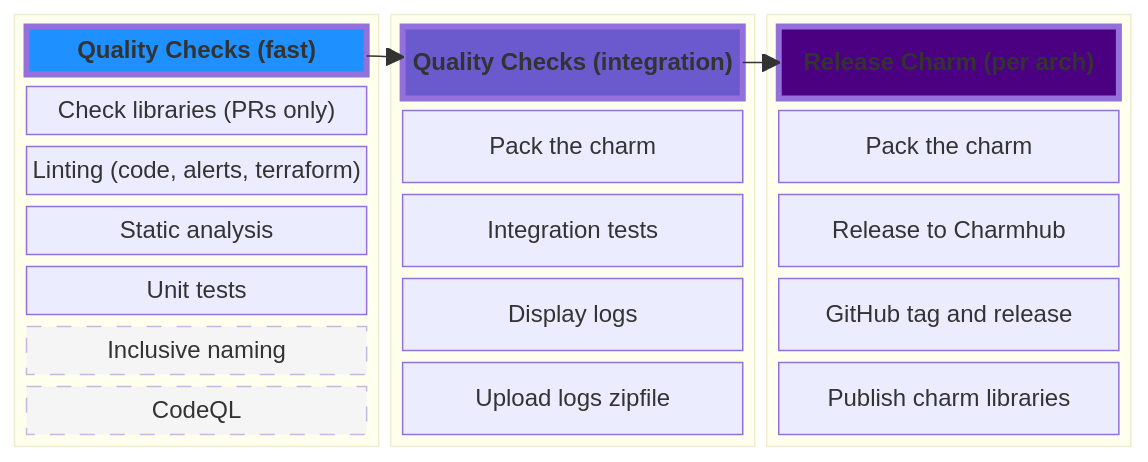
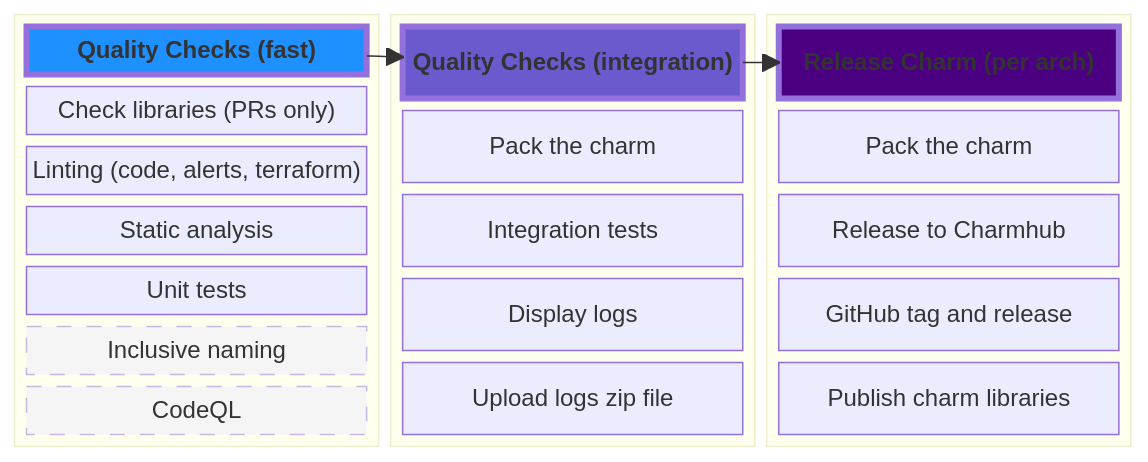
The second of 3 diagrams in README.md (canonical/observability), drawn with Mermaid before and after one commit.

````diff
--- a/README.md
+++ b/README.md
@@ -45,44 +45,44 @@
 ```mermaid
 block-beta
   block
     columns 1
     qualitychecksfast["<b>Quality Checks (fast)</b>"]
     prlabels["Check libraries (PRs only)"]
     lint["Linting (code, alerts, terraform)"]
     static["Static analysis"]
     unit["Unit tests"]
     inclusivenaming["Inclusive naming"]
     codeql["CodeQL"]
   end
 
   block
     columns 1
     qualitychecksslow["<b>Quality Checks (integration)</b>"]
     pack["Pack the charm"]
     integration["Integration tests"]
     displaylogs["Display logs"]
-    uploadlogs["Upload logs zipfile"]
+    uploadlogs["Upload logs zip file"]
   end
 
 
   block
     columns 1
     release["<b>Release Charm (per arch)</b>"]
     packrelease["Pack the charm"]
     charmhubrelease["Release to Charmhub"]
     githubrelease["GitHub tag and release"]
     librariesrelease["Publish charm libraries"]
   end
 
 
 
 qualitychecksfast --> qualitychecksslow
 qualitychecksslow --> release
 
 style qualitychecksfast fill:dodgerblue,stroke-width:4px
 style qualitychecksslow fill:slateblue,stroke-width:4px
 style release fill:indigo,stroke-width:4px
 
 style inclusivenaming opacity:0.5,stroke-dasharray:10
 style codeql opacity:0.5,stroke-dasharray:10
 ```
````
